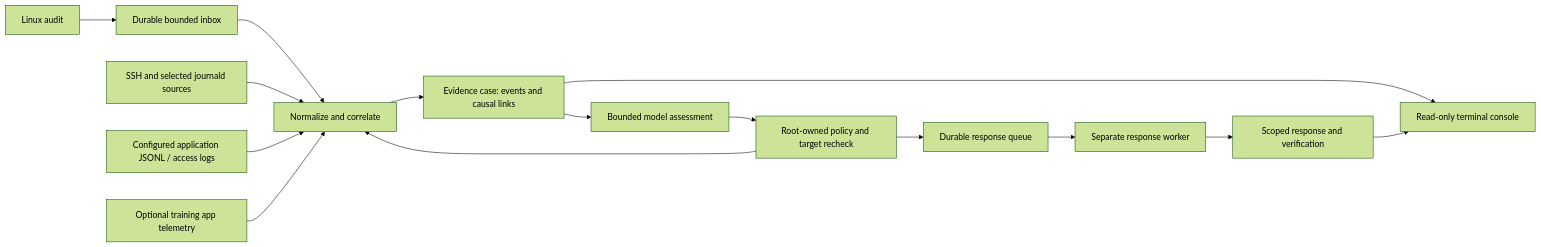
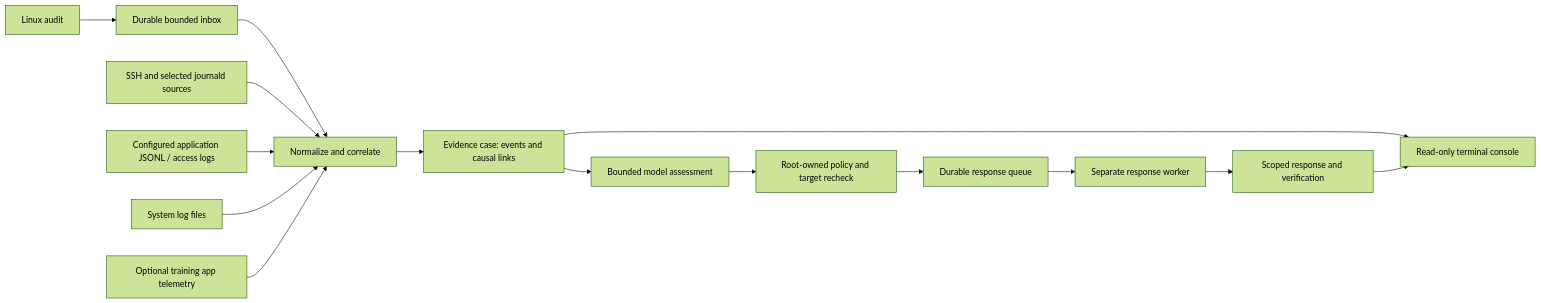
Before and after one commit to p4pryk/Aegis: the diagram in README.md, drawn with Mermaid (forest theme). The commit also changed other lines of this file and 34 other files, not shown here.

````diff
--- a/README.md
+++ b/README.md
@@ -73,17 +78,17 @@
 ```mermaid
 flowchart LR
     A[Linux audit] --> I[Durable bounded inbox]
     I --> C[Normalize and correlate]
     J[SSH and selected journald sources] --> C
     B[Configured application JSONL / access logs] --> C
-    F[System log files] --> C
+    SF[System log files] --> C
     T[Optional training app telemetry] --> C
     C --> D[Evidence case: events and causal links]
     D --> E[Bounded model assessment]
     E --> F[Root-owned policy and target recheck]
     F --> Q[Durable response queue]
     Q --> R[Separate response worker]
     R --> G[Scoped response and verification]
     D --> H[Read-only terminal console]
     G --> H
 ```
````
